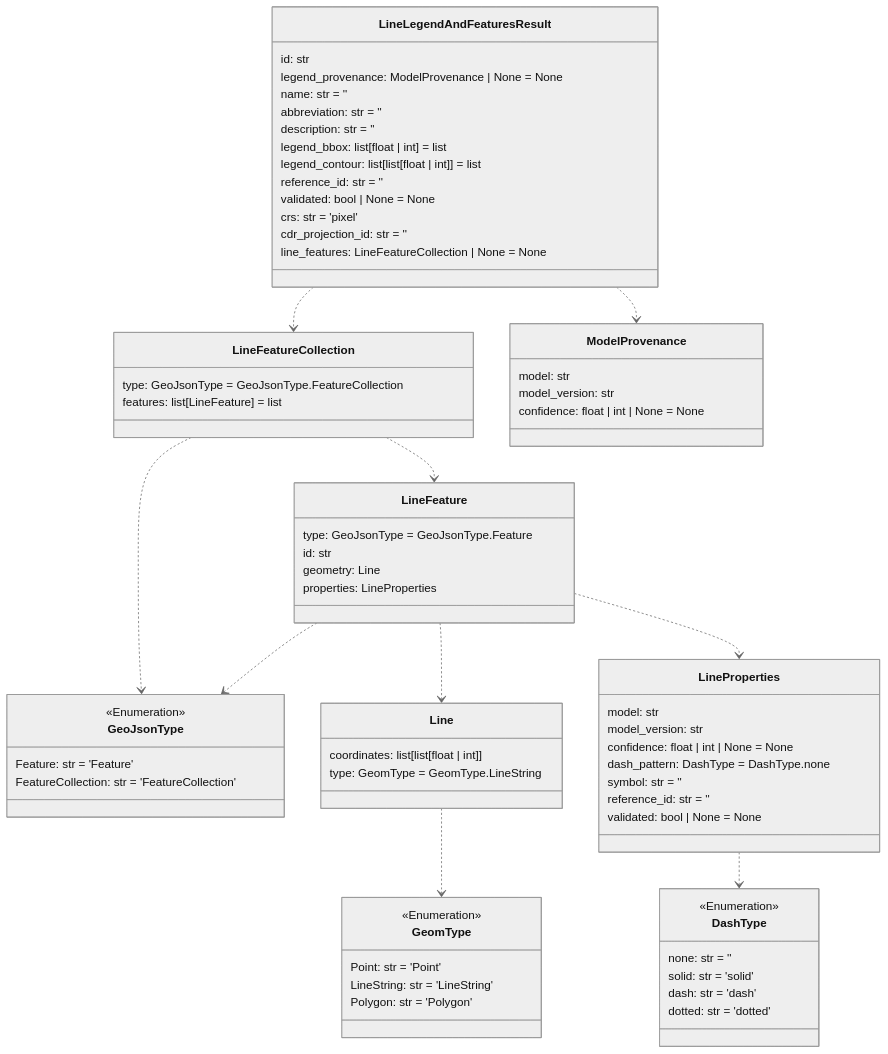
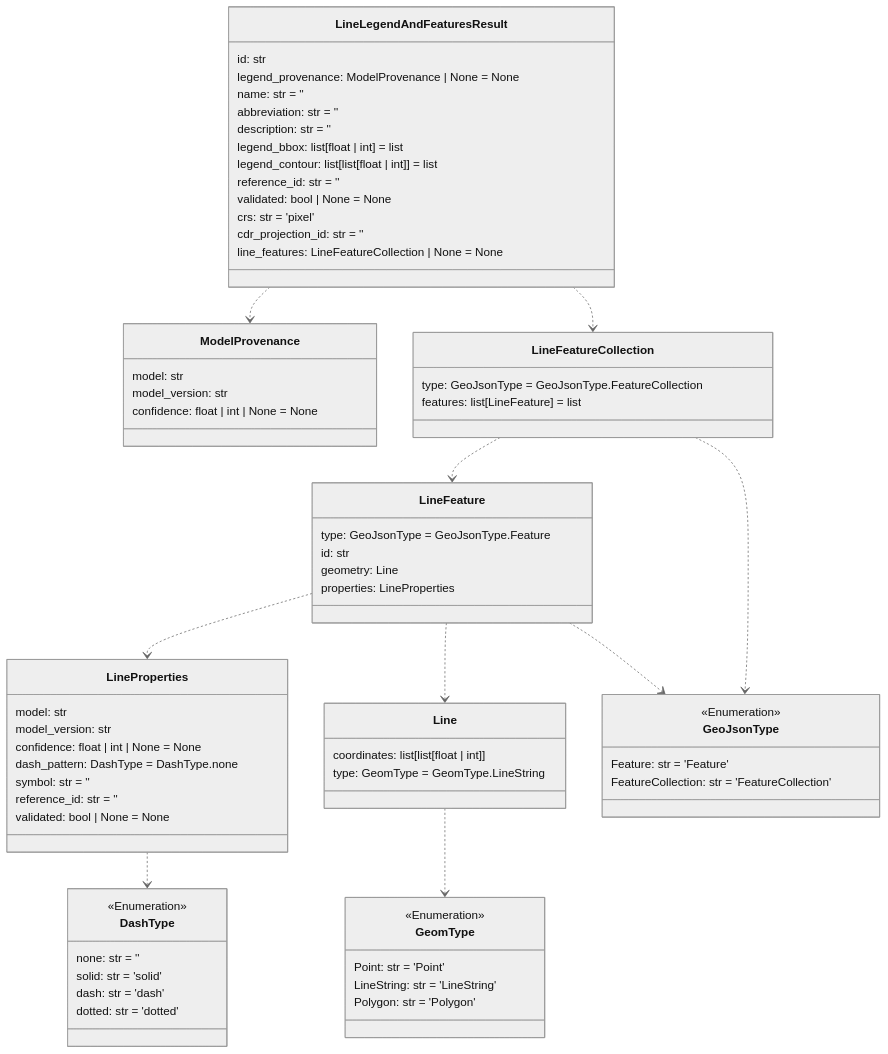
One commit to DARPA-CRITICALMAAS/cdr_schemas changed the sixth of 14 diagrams in README.md. Above: the diagram before and after it, drawn with Mermaid (neutral theme). The commit also changed other lines of this file and 3 other files, not shown here.

First line of the commit message:
Beak-TA3 BNN and SOM Schema Additions

````diff
--- a/README.md
+++ b/README.md
@@ -452,84 +452,84 @@
 ```mermaid
 classDiagram
-
-    class GeoJsonType {
-        <<Enumeration>>
-        Feature: str = 'Feature'
-        FeatureCollection: str = 'FeatureCollection'
-    }
-
-    class GeomType {
-        <<Enumeration>>
-        Point: str = 'Point'
-        LineString: str = 'LineString'
-        Polygon: str = 'Polygon'
-    }
-
-    class LineFeatureCollection {
-        type: GeoJsonType = GeoJsonType.FeatureCollection
-        features: list[LineFeature] = list
-    }
-
-    class DashType {
-        <<Enumeration>>
-        none: str = ''
-        solid: str = 'solid'
-        dash: str = 'dash'
-        dotted: str = 'dotted'
-    }
 
     class LineProperties {
         model: str
         model_version: str
         confidence: float | int | None = None
         dash_pattern: DashType = DashType.none
         symbol: str = ''
         reference_id: str = ''
         validated: bool | None = None
-    }
-
-    class LineFeature {
-        type: GeoJsonType = GeoJsonType.Feature
-        id: str
-        geometry: Line
-        properties: LineProperties
     }
 
     class Line {
         coordinates: list[list[float | int]]
         type: GeomType = GeomType.LineString
     }
 
     class LineLegendAndFeaturesResult {
         id: str
         legend_provenance: ModelProvenance | None = None
         name: str = ''
         abbreviation: str = ''
         description: str = ''
         legend_bbox: list[float | int] = list
         legend_contour: list[list[float | int]] = list
         reference_id: str = ''
         validated: bool | None = None
         crs: str = 'pixel'
         cdr_projection_id: str = ''
         line_features: LineFeatureCollection | None = None
     }
 
+    class GeoJsonType {
+        <<Enumeration>>
+        Feature: str = 'Feature'
+        FeatureCollection: str = 'FeatureCollection'
+    }
+
+    class DashType {
+        <<Enumeration>>
+        none: str = ''
+        solid: str = 'solid'
+        dash: str = 'dash'
+        dotted: str = 'dotted'
+    }
+
+    class LineFeature {
+        type: GeoJsonType = GeoJsonType.Feature
+        id: str
+        geometry: Line
+        properties: LineProperties
+    }
+
+    class GeomType {
+        <<Enumeration>>
+        Point: str = 'Point'
+        LineString: str = 'LineString'
+        Polygon: str = 'Polygon'
+    }
+
     class ModelProvenance {
         model: str
         model_version: str
         confidence: float | int | None = None
     }
 
+    class LineFeatureCollection {
+        type: GeoJsonType = GeoJsonType.FeatureCollection
+        features: list[LineFeature] = list
+    }
+
     Line ..> GeomType
     LineProperties ..> DashType
+    LineFeature ..> LineProperties
     LineFeature ..> Line
     LineFeature ..> GeoJsonType
-    LineFeature ..> LineProperties
     LineFeatureCollection ..> LineFeature
     LineFeatureCollection ..> GeoJsonType
+    LineLegendAndFeaturesResult ..> ModelProvenance
     LineLegendAndFeaturesResult ..> LineFeatureCollection
-    LineLegendAndFeaturesResult ..> ModelProvenance
 
 
 ```
````
